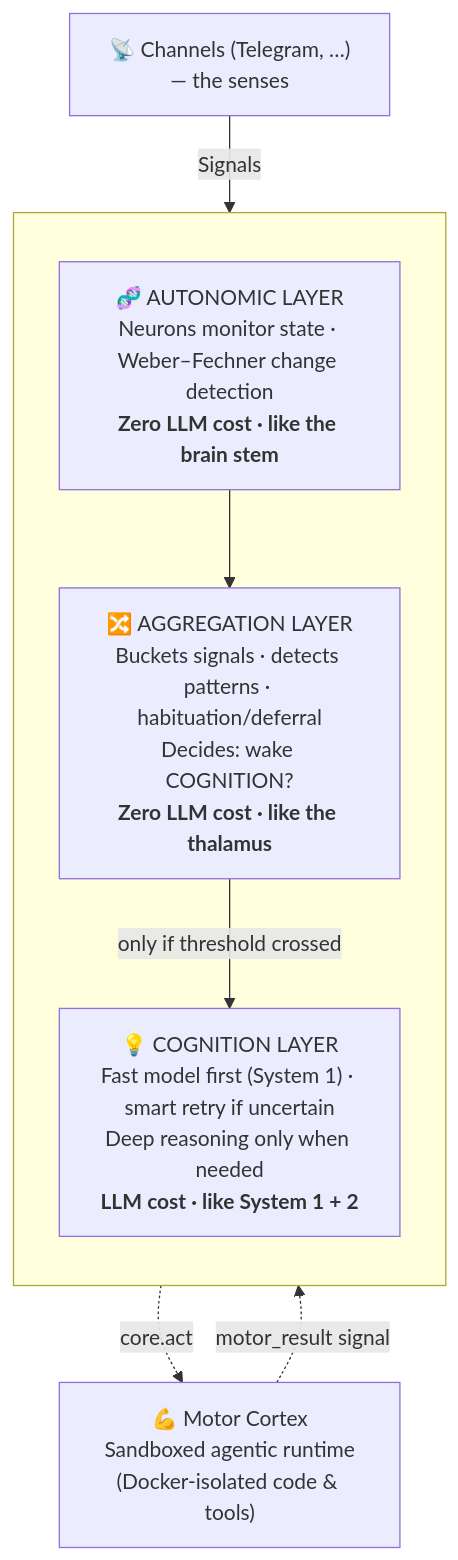
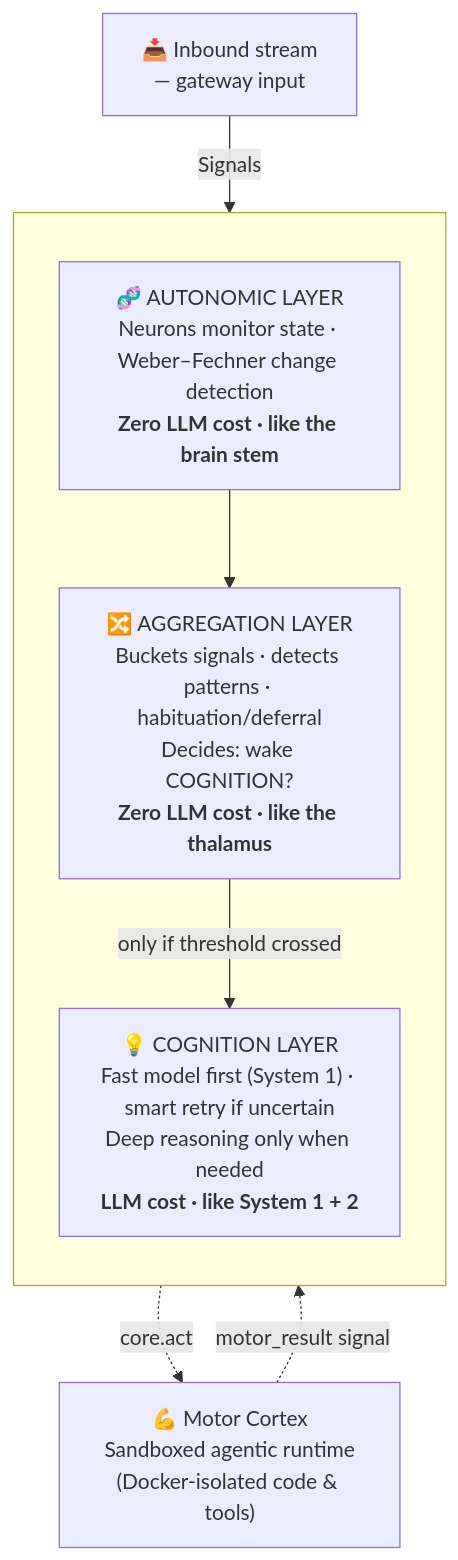
The diagram in README.md (shady2k/lifemodel), drawn with Mermaid before and after one commit. The commit also changed other lines of this file and 4 other files, not shown here.

````diff
--- a/README.md
+++ b/README.md
@@ -57,16 +57,16 @@
 ```mermaid
 flowchart TD
-    TG["📡 Channels (Telegram, …)<br/>— the senses"] -->|Signals| AUT
+    GW["📥 Inbound stream<br/>— gateway input"] -->|Signals| AUT
 
     subgraph BRAIN [" "]
         direction TB
         AUT["🧬 AUTONOMIC LAYER<br/>Neurons monitor state · Weber–Fechner change detection<br/><b>Zero LLM cost · like the brain stem</b>"]
         AGG["🔀 AGGREGATION LAYER<br/>Buckets signals · detects patterns · habituation/deferral<br/>Decides: wake COGNITION?<br/><b>Zero LLM cost · like the thalamus</b>"]
         COG["💡 COGNITION LAYER<br/>Fast model first (System 1) · smart retry if uncertain<br/>Deep reasoning only when needed<br/><b>LLM cost · like System 1 + 2</b>"]
         AUT --> AGG
         AGG -->|only if threshold crossed| COG
     end
 
     COG -.->|core.act| MC["💪 Motor Cortex<br/>Sandboxed agentic runtime<br/>(Docker-isolated code & tools)"]
     MC -.->|motor_result signal| AUT
 ```
````
